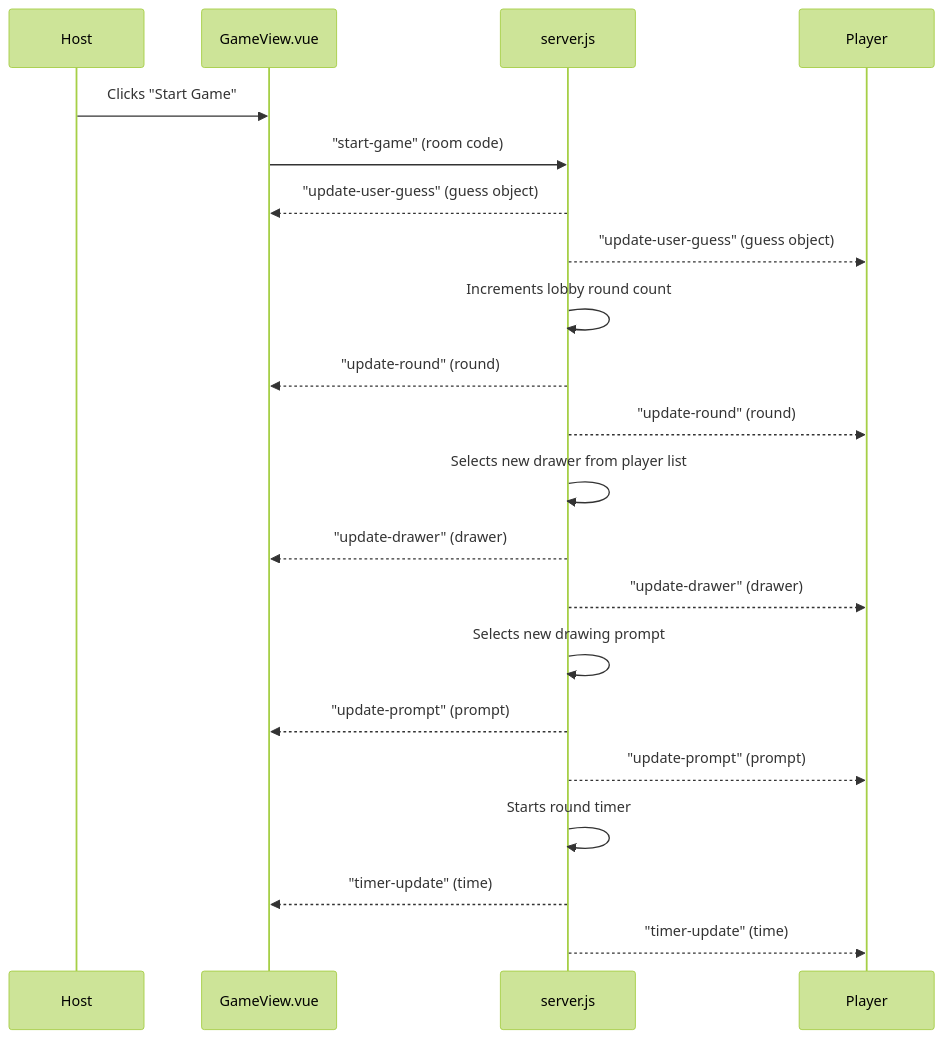
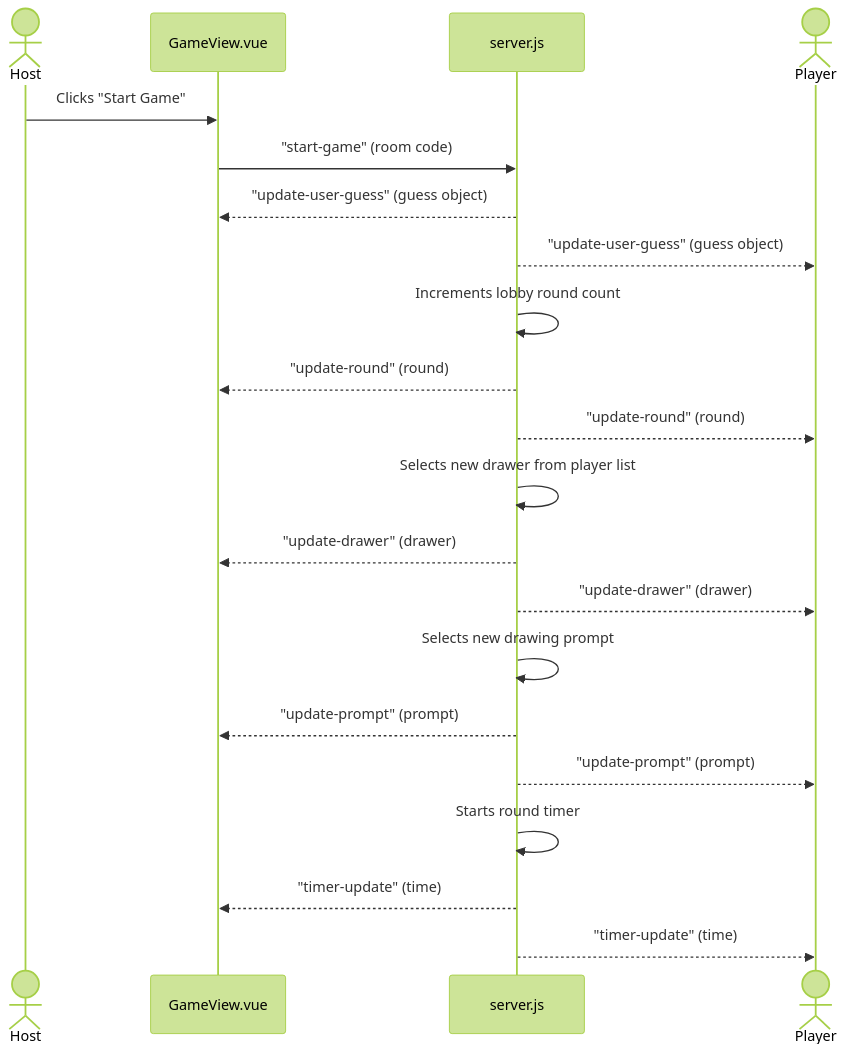
Before and after one commit to Capstone-Projects-2025-Spring/project-aac-game-team-a: diagram 11 of 31 in documentation/docs/system-architecture/design.md, drawn with Mermaid (forest theme). The commit also changed other lines of this file, not shown here.

````diff
--- a/documentation/docs/system-architecture/design.md
+++ b/documentation/docs/system-architecture/design.md
@@ -671,24 +671,24 @@
 ```mermaid
 sequenceDiagram
-    participant Host
+    actor Host
     participant GameView.vue
     participant server.js
-    participant Player
+    actor Player
 
     Host->>GameView.vue: Clicks "Start Game"
     GameView.vue->>server.js: "start-game" (room code)
     server.js-->>GameView.vue: "update-user-guess" (guess object)
     server.js-->>Player: "update-user-guess" (guess object)
     server.js->>server.js: Increments lobby round count
     server.js-->>GameView.vue: "update-round" (round)
     server.js-->>Player: "update-round" (round)
     server.js->>server.js: Selects new drawer from player list
     server.js-->>GameView.vue: "update-drawer" (drawer)
     server.js-->>Player: "update-drawer" (drawer)
     server.js->>server.js: Selects new drawing prompt
     server.js-->>GameView.vue: "update-prompt" (prompt)
     server.js-->>Player: "update-prompt" (prompt)
     server.js->>server.js: Starts round timer
     server.js-->>GameView.vue: "timer-update" (time)
     server.js-->>Player: "timer-update" (time)
 ```
````
